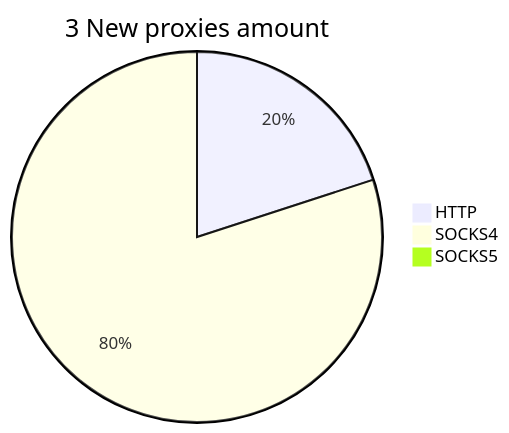
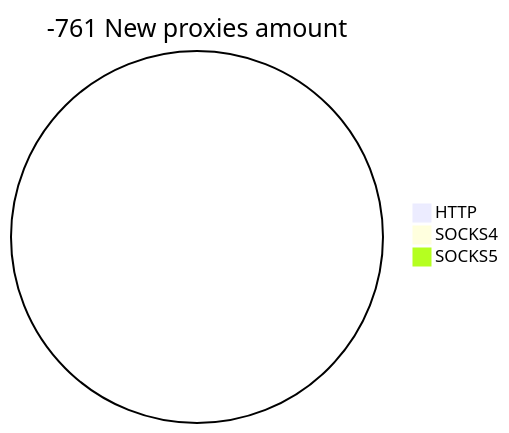
One commit to cutipu/proxylist changed the second of 2 diagrams in README.md. Above: the diagram before and after it, drawn with Mermaid. The commit also changed other lines of this file, not shown here.

````diff
--- a/README.md
+++ b/README.md
@@ -10,6 +10,6 @@
 ```mermaid
-pie title 3 New proxies amount
-    "HTTP" : 1
-    "SOCKS4" : 4
+pie title -761 New proxies amount
+    "HTTP" : 0
+    "SOCKS4" : 0
     "SOCKS5" : 0
 ```
````
